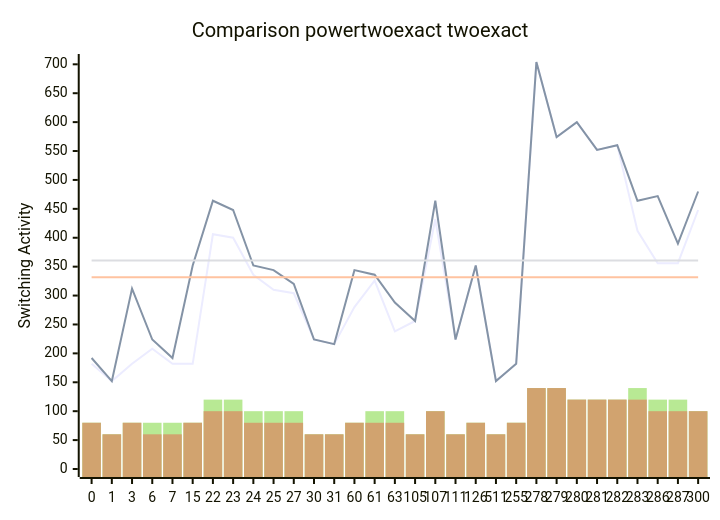
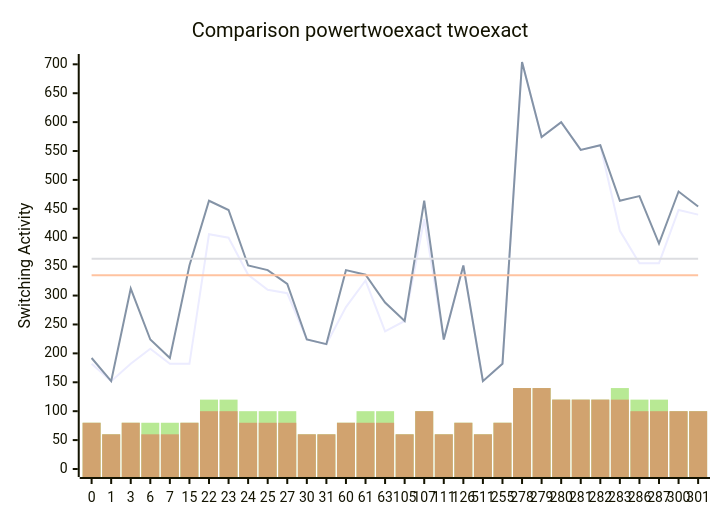
One commit to FeldmeierMichael/Exact-Power-Synthesis changed the diagram in benchmark_opt_500.md. Above: the diagram before and after it, drawn with Mermaid. The commit also changed other lines of this file, not shown here.

````diff
--- a/benchmark_opt_500.md
+++ b/benchmark_opt_500.md
@@ -63,12 +65,12 @@
 ```mermaid
 xychart-beta
     title "Comparison powertwoexact twoexact"
-    x-axis [0, 1, 3, 6, 7, 15, 22, 23, 24, 25, 27, 30, 31, 60, 61, 63, 105, 107, 111, 126, 511, 255, 278, 279, 280, 281, 282, 283, 286, 287, 300]
+    x-axis [0, 1, 3, 6, 7, 15, 22, 23, 24, 25, 27, 30, 31, 60, 61, 63, 105, 107, 111, 126, 511, 255, 278, 279, 280, 281, 282, 283, 286, 287, 300, 301]
     y-axis "Switching Activity" 0-->704
-    line [182, 152, 182, 208, 182, 182, 406, 400, 336, 310, 304, 224, 216, 280, 326, 238, 256, 432, 224, 352, 152, 182, 704, 574, 600, 552, 560, 412, 356, 356, 448]
-    line [192, 152, 312, 224, 192, 352, 464, 448, 352, 344, 320, 224, 216, 344, 336, 288, 256, 464, 224, 352, 152, 182, 704, 574, 600, 552, 560, 464, 472, 390, 480]
-    line [331.8709677419355, 331.8709677419355, 331.8709677419355, 331.8709677419355, 331.8709677419355, 331.8709677419355, 331.8709677419355, 331.8709677419355, 331.8709677419355, 331.8709677419355, 331.8709677419355, 331.8709677419355, 331.8709677419355, 331.8709677419355, 331.8709677419355, 331.8709677419355, 331.8709677419355, 331.8709677419355, 331.8709677419355, 331.8709677419355, 331.8709677419355, 331.8709677419355, 331.8709677419355, 331.8709677419355, 331.8709677419355, 331.8709677419355, 331.8709677419355, 331.8709677419355, 331.8709677419355, 331.8709677419355, 331.8709677419355]
-    line [360.83870967741933, 360.83870967741933, 360.83870967741933, 360.83870967741933, 360.83870967741933, 360.83870967741933, 360.83870967741933, 360.83870967741933, 360.83870967741933, 360.83870967741933, 360.83870967741933, 360.83870967741933, 360.83870967741933, 360.83870967741933, 360.83870967741933, 360.83870967741933, 360.83870967741933, 360.83870967741933, 360.83870967741933, 360.83870967741933, 360.83870967741933, 360.83870967741933, 360.83870967741933, 360.83870967741933, 360.83870967741933, 360.83870967741933, 360.83870967741933, 360.83870967741933, 360.83870967741933, 360.83870967741933, 360.83870967741933]
-    bar [80, 60, 80, 80, 80, 80, 120, 120, 100, 100, 100, 60, 60, 80, 100, 100, 60, 100, 60, 80, 60, 80, 140, 140, 120, 120, 120, 140, 120, 120, 100]
-    bar [80, 60, 80, 60, 60, 80, 100, 100, 80, 80, 80, 60, 60, 80, 80, 80, 60, 100, 60, 80, 60, 80, 140, 140, 120, 120, 120, 120, 100, 100, 100]
+    line [182, 152, 182, 208, 182, 182, 406, 400, 336, 310, 304, 224, 216, 280, 326, 238, 256, 432, 224, 352, 152, 182, 704, 574, 600, 552, 560, 412, 356, 356, 448, 440]
+    line [192, 152, 312, 224, 192, 352, 464, 448, 352, 344, 320, 224, 216, 344, 336, 288, 256, 464, 224, 352, 152, 182, 704, 574, 600, 552, 560, 464, 472, 390, 480, 454]
+    line [335.25, 335.25, 335.25, 335.25, 335.25, 335.25, 335.25, 335.25, 335.25, 335.25, 335.25, 335.25, 335.25, 335.25, 335.25, 335.25, 335.25, 335.25, 335.25, 335.25, 335.25, 335.25, 335.25, 335.25, 335.25, 335.25, 335.25, 335.25, 335.25, 335.25, 335.25, 335.25]
+    line [363.75, 363.75, 363.75, 363.75, 363.75, 363.75, 363.75, 363.75, 363.75, 363.75, 363.75, 363.75, 363.75, 363.75, 363.75, 363.75, 363.75, 363.75, 363.75, 363.75, 363.75, 363.75, 363.75, 363.75, 363.75, 363.75, 363.75, 363.75, 363.75, 363.75, 363.75, 363.75]
+    bar [80, 60, 80, 80, 80, 80, 120, 120, 100, 100, 100, 60, 60, 80, 100, 100, 60, 100, 60, 80, 60, 80, 140, 140, 120, 120, 120, 140, 120, 120, 100, 100]
+    bar [80, 60, 80, 60, 60, 80, 100, 100, 80, 80, 80, 60, 60, 80, 80, 80, 60, 100, 60, 80, 60, 80, 140, 140, 120, 120, 120, 120, 100, 100, 100, 100]
 ```
````
